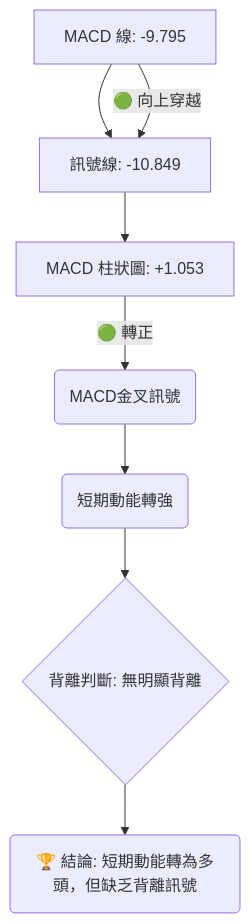
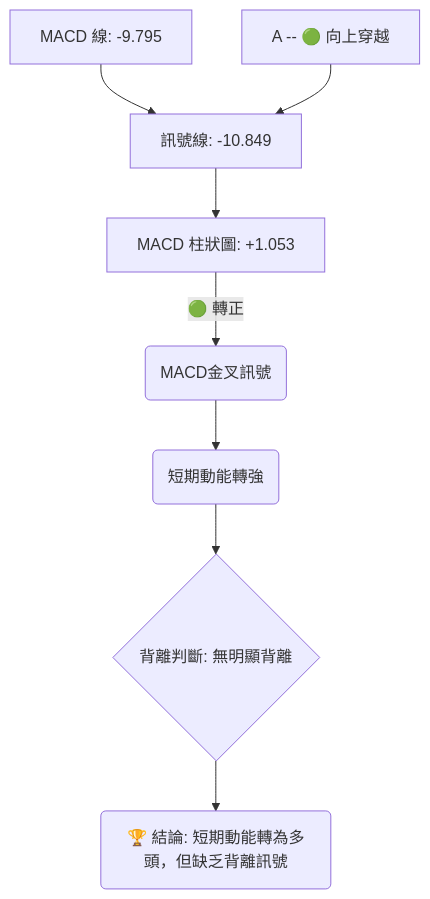
One commit to yennanliu/finance_data changed the eighth of 11 diagrams in ai_gen_report/stock/msft/technical_analysis_2026-07-05_gemini.md. Above: the diagram before and after it, drawn with Mermaid. The commit also changed other lines of this file and 2258 other files, not shown here.

First line of the commit message:
chore: backfill Mermaid syntax repair across existing reports

````diff
--- a/ai_gen_report/stock/msft/technical_analysis_2026-07-05_gemini.md
+++ b/ai_gen_report/stock/msft/technical_analysis_2026-07-05_gemini.md
@@ -480,10 +480,10 @@
 ```mermaid
 graph TD
-    A[MACD 線: -9.795] --> B[訊號線: -10.849]
-    B --> C[MACD 柱狀圖: +1.053]
-    A -- 🟢 向上穿越 --> B
-    C -- 🟢 轉正 --> D(MACD金叉訊號)
-    D --> E(短期動能轉強)
-    E --> F{背離判斷: 無明顯背離}
-    F --> G(🏆 結論: 短期動能轉為多頭，但缺乏背離訊號)
+    A["MACD 線: -9.795"] --> B["訊號線: -10.849"]
+    B --> C["MACD 柱狀圖: +1.053"]
+    nb1["A -- 🟢 向上穿越"] --> B
+    C -- 🟢 轉正 --> D("MACD金叉訊號")
+    D --> E("短期動能轉強")
+    E --> F{"背離判斷: 無明顯背離"}
+    F --> G("🏆 結論: 短期動能轉為多頭，但缺乏背離訊號")
 ```
````
